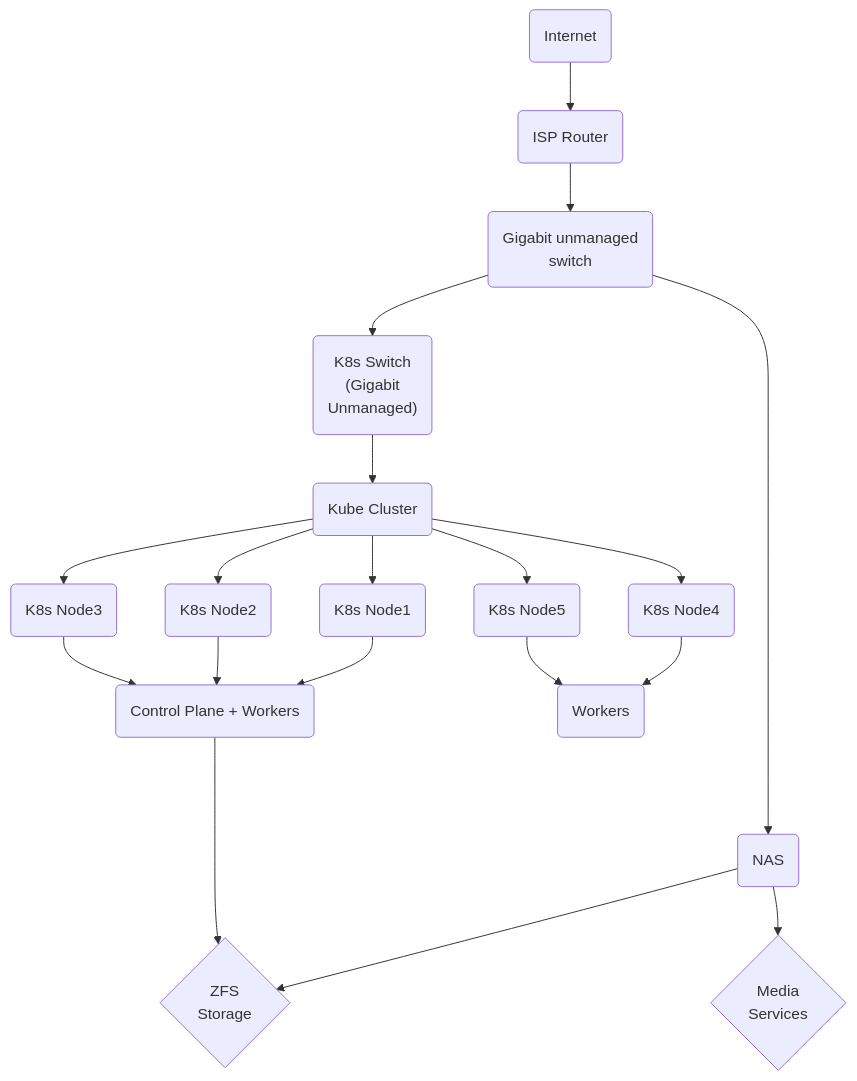
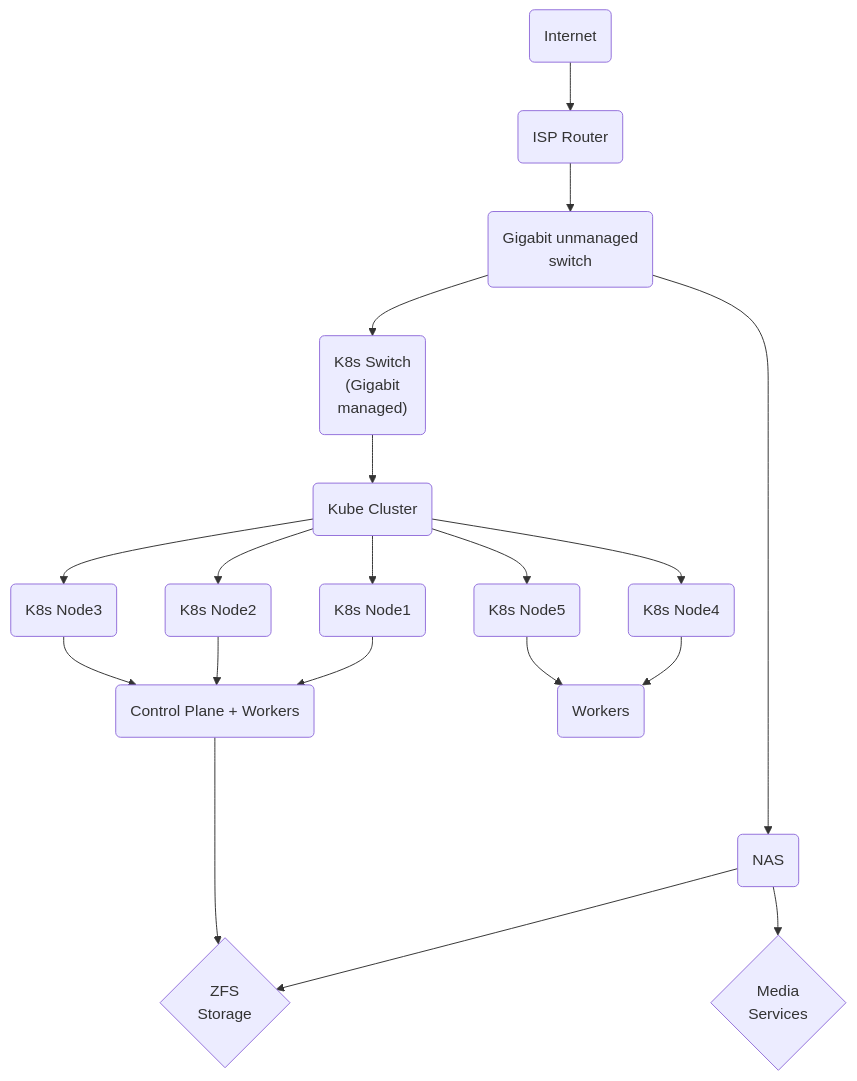
Before and after one commit to Andrew-Farquhar/bare-metal-kubernetes-lab: the diagram in docs/architecture.md, drawn with Mermaid.

Commit message:
Update K8sSwitch to indicate managed status

````diff
--- a/docs/architecture.md
+++ b/docs/architecture.md
@@ -20,47 +20,47 @@
 ```mermaid
 graph TD
     Internet(Internet)
     ISPRouter(ISP Router)
     Switch1("Gigabit unmanaged<br>switch")
     
     Internet --> ISPRouter
     ISPRouter --> Switch1
     
     NAS(NAS)
-    K8sSwitch("K8s Switch<br>(Gigabit<br>Unmanaged)")
+    K8sSwitch("K8s Switch<br>(Gigabit<br>managed)")
     
     Switch1 --> NAS
     Switch1 --> K8sSwitch
     
     ZFS{"ZFS<br>Storage"}
     Media{"Media<br>Services"}
     
     NAS --> ZFS
     NAS --> Media
     
     KubeCluster(Kube Cluster)
     K8sSwitch --> KubeCluster
     
     Node1(K8s Node1)
     Node2(K8s Node2)
     Node3(K8s Node3)
     Node4(K8s Node4)
     Node5(K8s Node5)
     
     KubeCluster --> Node1
     KubeCluster --> Node2
     KubeCluster --> Node3
     KubeCluster --> Node4
     KubeCluster --> Node5
     
     ControlWorkers(Control Plane + Workers)
     WorkersOnly(Workers)
     
     Node1 --> ControlWorkers
     Node2 --> ControlWorkers
     Node3 --> ControlWorkers
     Node4 --> WorkersOnly
     Node5 --> WorkersOnly
     
     ControlWorkers ----> ZFS
 ```
````
